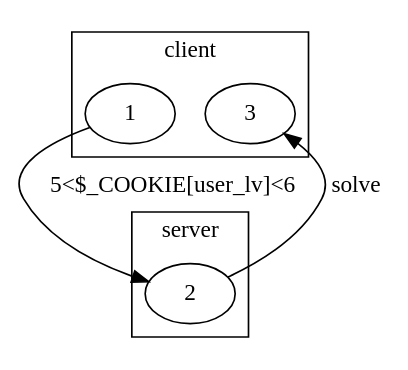
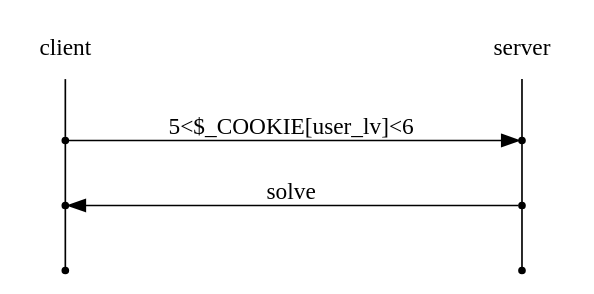
Before and after one commit to joizel/ctf_writeup: the diagram in docs/web/[webhacking] 01.rst, drawn with Graphviz.

Commit message:
replace
replace

```diff
--- a/docs/web/[webhacking] 01.rst
+++ b/docs/web/[webhacking] 01.rst
@@ -8,16 +8,21 @@
 .. graphviz::
 
-    digraph {
-        subgraph cluster_0 {
-            label="client";
-            1;
-            3;
+    digraph G {
+        rankdir="LR";
+        node[shape="point"];
+        edge[arrowhead="none"]
+
+        {
+            rank="same";
+            "client"[shape="plaintext"];
+            "client" -> step0 -> step1 -> step2;
         }
 
-        subgraph cluster_1 {
-            label="server";
-            2;
+        {
+            rank="same";
+            "server"[shape="plaintext"];
+            "server" -> step3 -> step4 -> step5;
         }
-        1->2 [label="5<$_COOKIE[user_lv]<6"];
-        2->3 [label="solve"];
+        step0 -> step3[label="5<$_COOKIE[user_lv]<6",arrowhead="normal"];
+        step4 -> step1[label="solve",arrowhead="normal"];
     }
```
